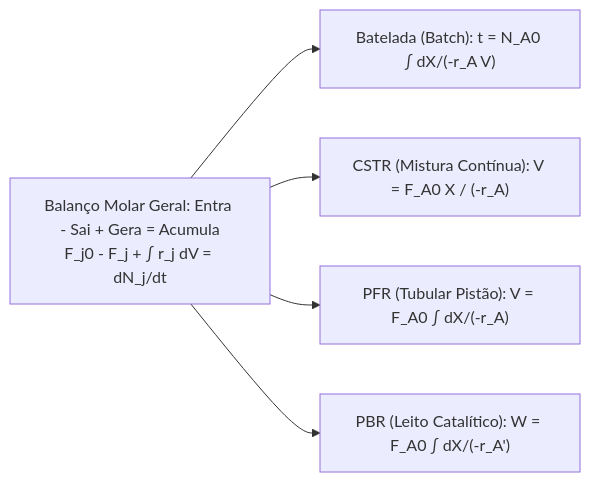
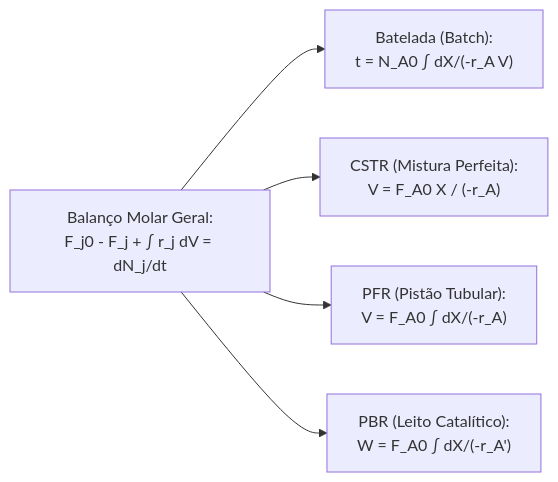
One commit to dandgabr/skills changed the diagram in skills/domains/academic-chemical-engineering-reactors/SKILL.md. Above: the diagram before and after it, drawn with Mermaid. The commit also changed other lines of this file and 97 other files, not shown here.

````diff
--- a/skills/domains/academic-chemical-engineering-reactors/SKILL.md
+++ b/skills/domains/academic-chemical-engineering-reactors/SKILL.md
@@ -14,7 +14,7 @@
 ```mermaid
 flowchart LR
-    A["Balanço Molar Geral: Entra - Sai + Gera = Acumula<br/>F_j0 - F_j + ∫ r_j dV = dN_j/dt"] --> B["Batelada (Batch): t = N_A0 ∫ dX/(-r_A V)"]
-    A --> C["CSTR (Mistura Contínua): V = F_A0 X / (-r_A)"]
-    A --> D["PFR (Tubular Pistão): V = F_A0 ∫ dX/(-r_A)"]
-    A --> E["PBR (Leito Catalítico): W = F_A0 ∫ dX/(-r_A')"]
+    A["Balanço Molar Geral:<br/>F_j0 - F_j + ∫ r_j dV = dN_j/dt"] --> B["Batelada (Batch):<br/>t = N_A0 ∫ dX/(-r_A V)"]
+    A --> C["CSTR (Mistura Perfeita):<br/>V = F_A0 X / (-r_A)"]
+    A --> D["PFR (Pistão Tubular):<br/>V = F_A0 ∫ dX/(-r_A)"]
+    A --> E["PBR (Leito Catalítico):<br/>W = F_A0 ∫ dX/(-r_A')"]
 ```
````
